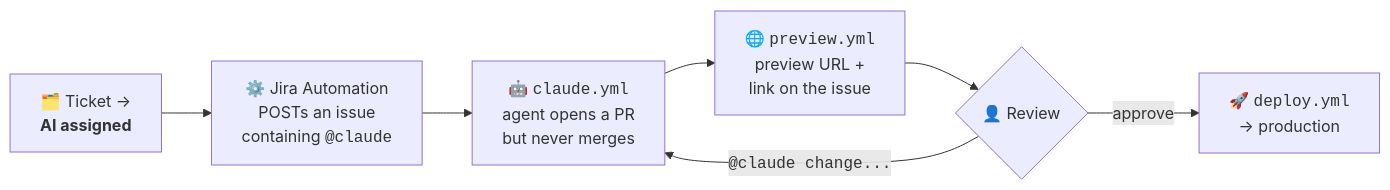
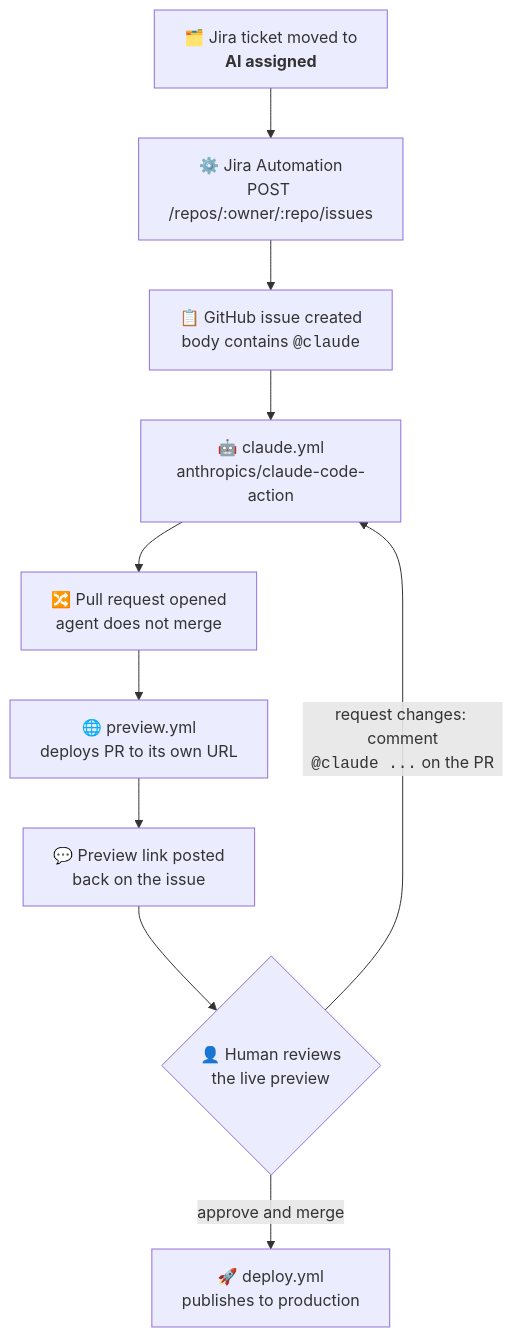
The second of 2 diagrams in README.md (gonz96/agentic-prs), drawn with Mermaid before and after one commit. The commit also changed other lines of this file, not shown here.

Commit message:
Restore the vertical under-the-hood diagram; clarify the review step

````diff
--- a/README.md
+++ b/README.md
@@ -52,9 +52,12 @@
 ```mermaid
-flowchart LR
-    A["🗂️ Ticket →<br/><b>AI assigned</b>"] --> B["⚙️ Jira Automation<br/>POSTs an issue<br/>containing <code>@claude</code>"]
-    B --> C["🤖 <code>claude.yml</code><br/>agent opens a PR<br/>but never merges"]
-    C --> D["🌐 <code>preview.yml</code><br/>preview URL +<br/>link on the issue"]
-    D --> E{"👤 Review"}
-    E -->|"<code>@claude change...</code>"| C
-    E -->|approve| F["🚀 <code>deploy.yml</code><br/>→ production"]
+flowchart TD
+    A["🗂️ Jira ticket moved to<br/><b>AI assigned</b>"] --> B["⚙️ Jira Automation<br/>POST /repos/:owner/:repo/issues"]
+    B --> C["📋 GitHub issue created<br/>body contains <code>@claude</code>"]
+    C --> D["🤖 claude.yml<br/>anthropics/claude-code-action"]
+    D --> E["🔀 Pull request opened<br/>agent does not merge"]
+    E --> F["🌐 preview.yml<br/>deploys PR to its own URL"]
+    F --> G["💬 Preview link posted<br/>back on the issue"]
+    G --> H{"👤 Human reviews<br/>the live preview"}
+    H -->|approve and merge| I["🚀 deploy.yml<br/>publishes to production"]
+    H -->|"request changes: comment<br/><code>@claude ...</code> on the PR"| D
 ```
````
